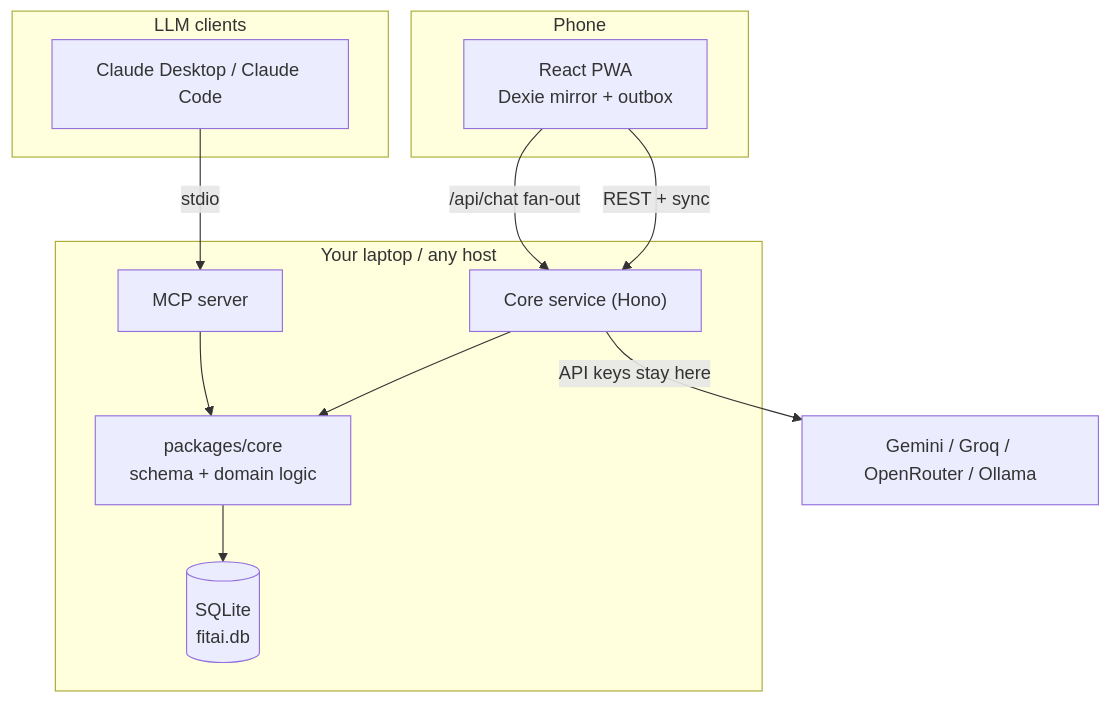
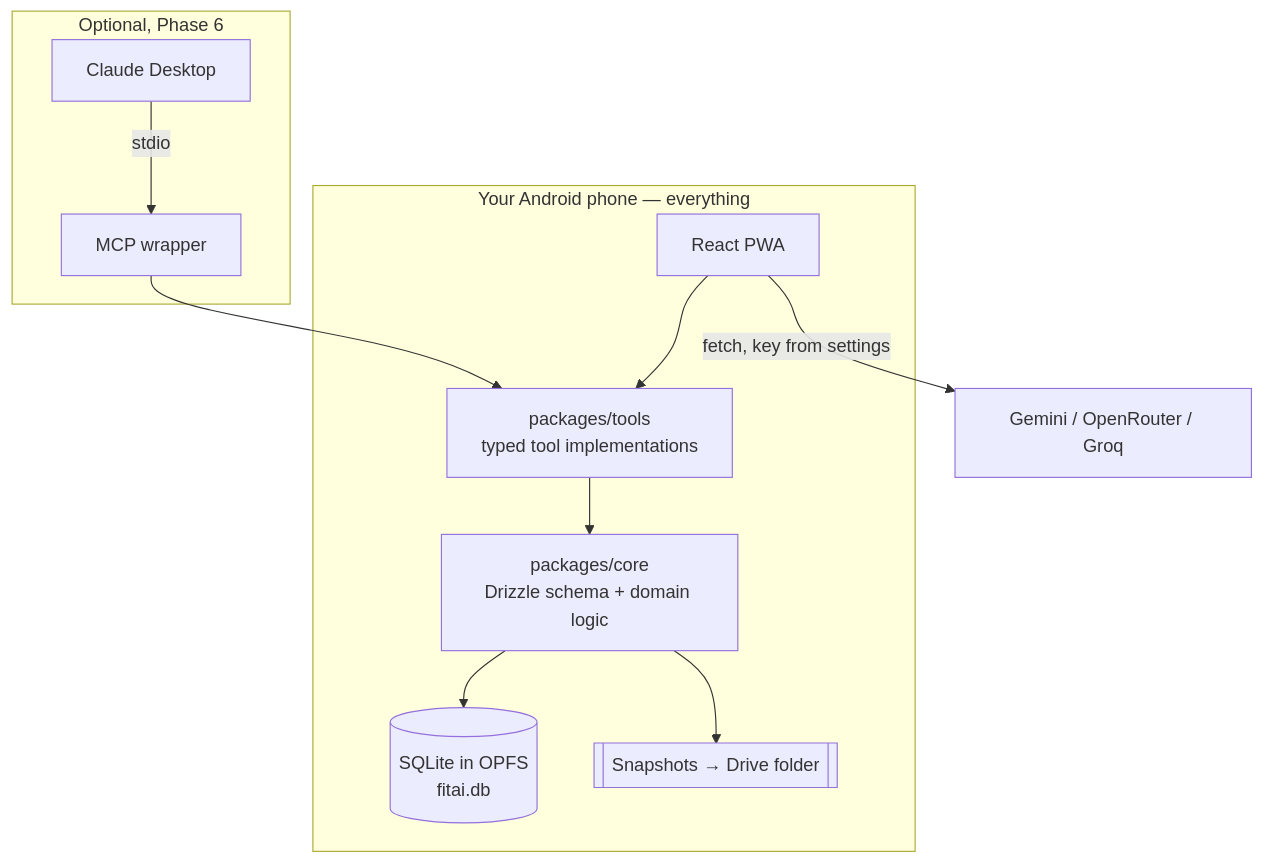
Before and after one commit to Sujeethy/fitai: the diagram in PLAN.md, drawn with Mermaid. The commit also changed other lines of this file and 1 other file, not shown here.

First line of the commit message:
Revise plan for phone-only storage, Android, and no fixed program

````diff
--- a/PLAN.md
+++ b/PLAN.md
@@ -92,23 +63,17 @@
 ```mermaid
 flowchart TB
-    subgraph Phone
-        PWA["React PWA<br/>Dexie mirror + outbox"]
+    subgraph Phone["Your Android phone — everything"]
+        UI["React PWA"]
+        TOOLS["packages/tools<br/>typed tool implementations"]
+        CORE["packages/core<br/>Drizzle schema + domain logic"]
+        DB[("SQLite in OPFS<br/>fitai.db")]
+        BAK[["Snapshots → Drive folder"]]
+        UI --> TOOLS --> CORE --> DB
+        CORE --> BAK
     end
-    subgraph Laptop["Your laptop / any host"]
-        API["Core service (Hono)"]
-        CORE["packages/core<br/>schema + domain logic"]
-        DB[("SQLite<br/>fitai.db")]
-        MCP["MCP server"]
+    UI -->|"fetch, key from settings"| PROV["Gemini / OpenRouter / Groq"]
+    subgraph Laptop["Optional, Phase 6"]
+        MCP["MCP wrapper"] --> TOOLS
+        CD["Claude Desktop"] -->|stdio| MCP
     end
-    subgraph Clients["LLM clients"]
-        CD["Claude Desktop / Claude Code"]
-    end
-
-    PWA -->|"REST + sync"| API
-    API --> CORE
-    MCP --> CORE
-    CORE --> DB
-    CD -->|stdio| MCP
-    PWA -->|"/api/chat fan-out"| API
-    API -->|"API keys stay here"| PROV["Gemini / Groq / OpenRouter / Ollama"]
 ```
````
